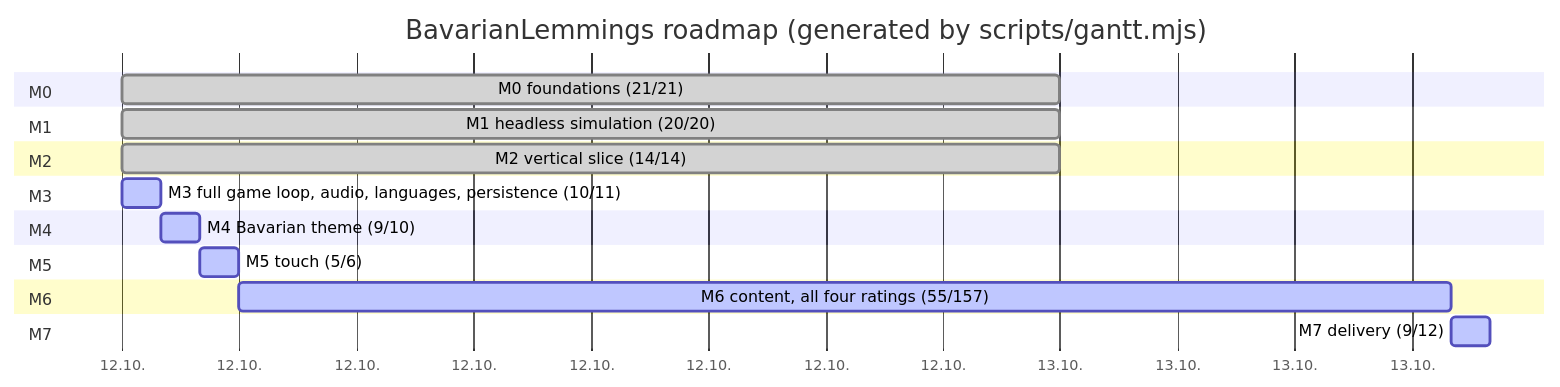
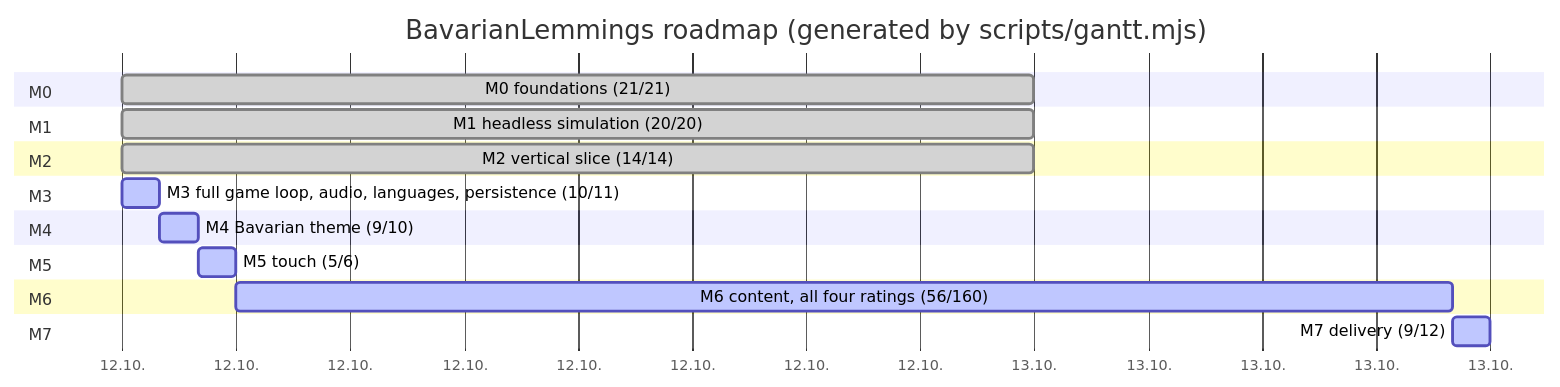
The diagram in plan.md (marcelpetrick/BavarianLemmings), drawn with Mermaid before and after one commit. The commit also changed other lines of this file and 4 other files, not shown here.

````diff
--- a/plan.md
+++ b/plan.md
@@ -43,22 +43,22 @@
 ```mermaid
 gantt
     title BavarianLemmings roadmap (generated by scripts/gantt.mjs)
     dateFormat  YYYY-MM-DD
     axisFormat  %d.%m.
     section M0
     M0 foundations (21/21) :done, m0, 2026-10-12, 1d
     section M1
     M1 headless simulation (20/20) :done, m1, 2026-10-12, 1d
     section M2
     M2 vertical slice (14/14) :done, m2, 2026-10-12, 1d
     section M3
     M3 full game loop, audio, languages, persistence (10/11) :active, m3, 2026-10-12, 1h
     section M4
     M4 Bavarian theme (9/10) :active, m4, after m3, 1h
     section M5
     M5 touch (5/6) :active, m5, after m4, 1h
     section M6
-    M6 content, all four ratings (55/157) :active, m6, after m5, 31h
+    M6 content, all four ratings (56/160) :active, m6, after m5, 32h
     section M7
     M7 delivery (9/12) :active, m7, after m6, 1h
 ```
````
